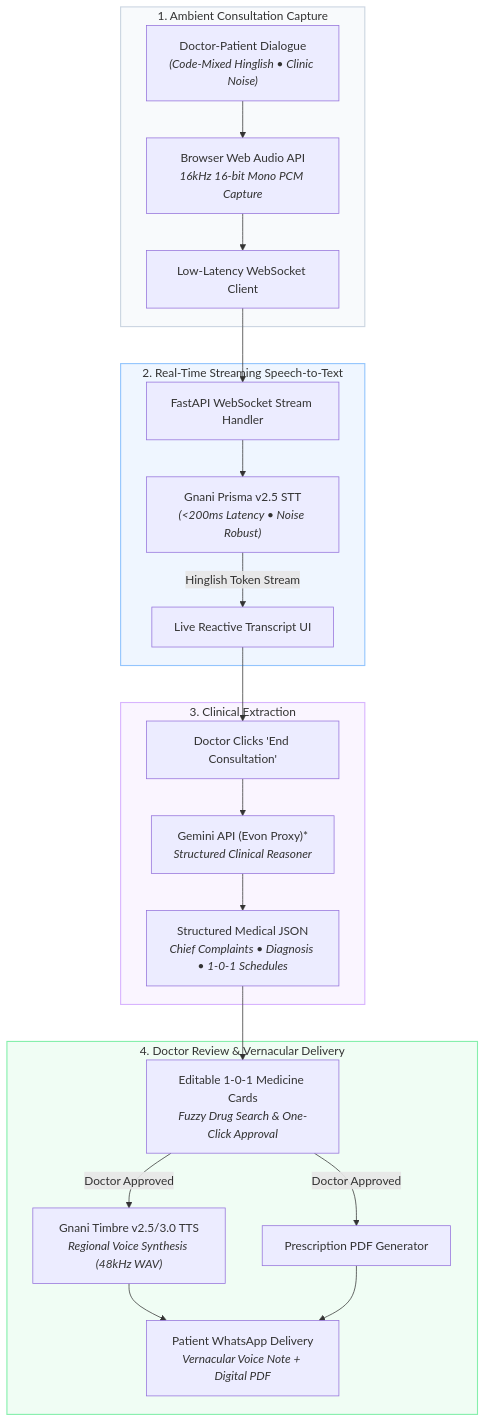
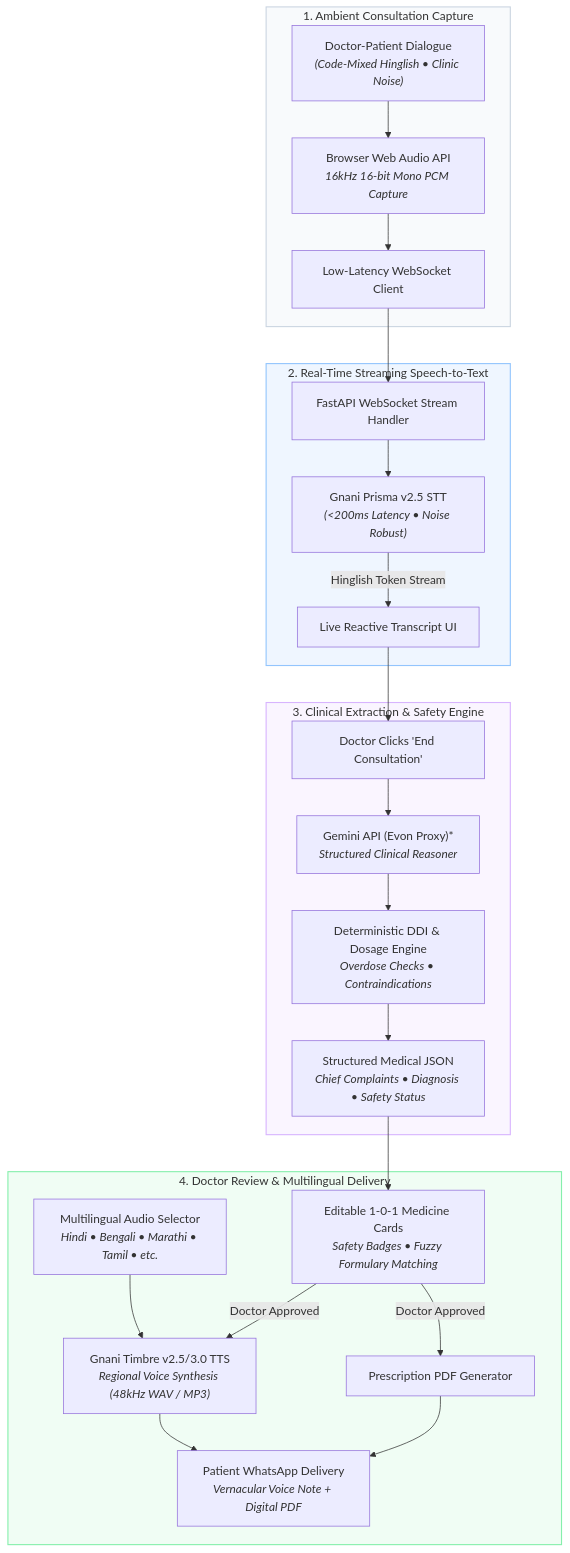
The first of 2 diagrams in README.md (Avinash01715/DocScribeAI), drawn with Mermaid before and after one commit. The commit also changed other lines of this file, not shown here.

````diff
--- a/README.md
+++ b/README.md
@@ -48,39 +47,42 @@
 ```mermaid
 flowchart TD
     subgraph Step1 ["1. Ambient Consultation Capture"]
         Dialogue["Doctor-Patient Dialogue<br/><i>(Code-Mixed Hinglish • Clinic Noise)</i>"]
         Mic["Browser Web Audio API<br/><i>16kHz 16-bit Mono PCM Capture</i>"]
         WS["Low-Latency WebSocket Client"]
         Dialogue --> Mic --> WS
     end
 
     subgraph Step2 ["2. Real-Time Streaming Speech-to-Text"]
         FastAPI_WS["FastAPI WebSocket Stream Handler"]
         Prisma["Gnani Prisma v2.5 STT<br/><i>(&lt;200ms Latency • Noise Robust)</i>"]
         DoctorUI["Live Reactive Transcript UI"]
         WS --> FastAPI_WS --> Prisma
         Prisma -->|Hinglish Token Stream| DoctorUI
     end
 
-    subgraph Step3 ["3. Clinical Extraction"]
+    subgraph Step3 ["3. Clinical Extraction & Safety Engine"]
         EndBtn["Doctor Clicks 'End Consultation'"]
         LLM["Gemini API (Evon Proxy)*<br/><i>Structured Clinical Reasoner</i>"]
-        ClinicalJSON["Structured Medical JSON<br/><i>Chief Complaints • Diagnosis • 1-0-1 Schedules</i>"]
-        DoctorUI --> EndBtn --> LLM --> ClinicalJSON
+        SafetyEngine["Deterministic DDI & Dosage Engine<br/><i>Overdose Checks • Contraindications</i>"]
+        ClinicalJSON["Structured Medical JSON<br/><i>Chief Complaints • Diagnosis • Safety Status</i>"]
+        DoctorUI --> EndBtn --> LLM --> SafetyEngine --> ClinicalJSON
     end
 
-    subgraph Step4 ["4. Doctor Review & Vernacular Delivery"]
-        Cards["Editable 1-0-1 Medicine Cards<br/><i>Fuzzy Drug Search & One-Click Approval</i>"]
-        Timbre["Gnani Timbre v2.5/3.0 TTS<br/><i>Regional Voice Synthesis (48kHz WAV)</i>"]
+    subgraph Step4 ["4. Doctor Review & Multilingual Delivery"]
+        Cards["Editable 1-0-1 Medicine Cards<br/><i>Safety Badges • Fuzzy Formulary Matching</i>"]
+        LangToggle["Multilingual Audio Selector<br/><i>Hindi • Bengali • Marathi • Tamil • etc.</i>"]
+        Timbre["Gnani Timbre v2.5/3.0 TTS<br/><i>Regional Voice Synthesis (48kHz WAV / MP3)</i>"]
         PDF["Prescription PDF Generator"]
         WhatsApp["Patient WhatsApp Delivery<br/><i>Vernacular Voice Note + Digital PDF</i>"]
         ClinicalJSON --> Cards
+        LangToggle --> Timbre
         Cards -->|Doctor Approved| Timbre & PDF
         Timbre & PDF --> WhatsApp
     end
 
     style Step1 fill:#f8fafc,stroke:#cbd5e1,stroke-width:1.5px
     style Step2 fill:#eff6ff,stroke:#93c5fd,stroke-width:1.5px
     style Step3 fill:#faf5ff,stroke:#d8b4fe,stroke-width:1.5px
     style Step4 fill:#f0fdf4,stroke:#86efac,stroke-width:1.5px
 ```
````
